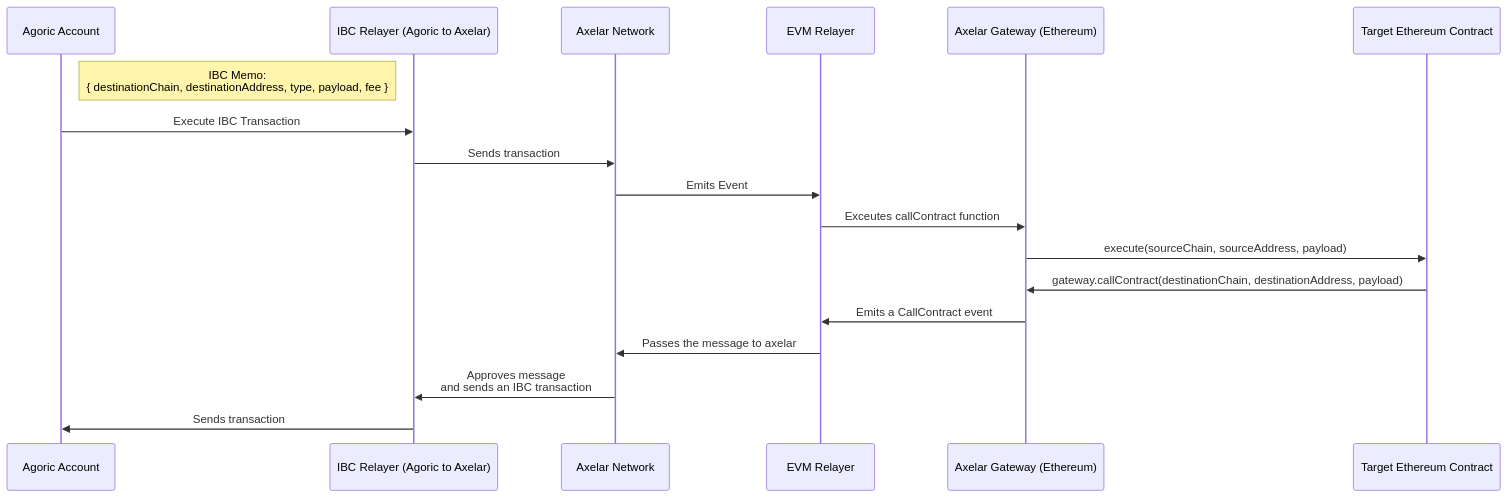
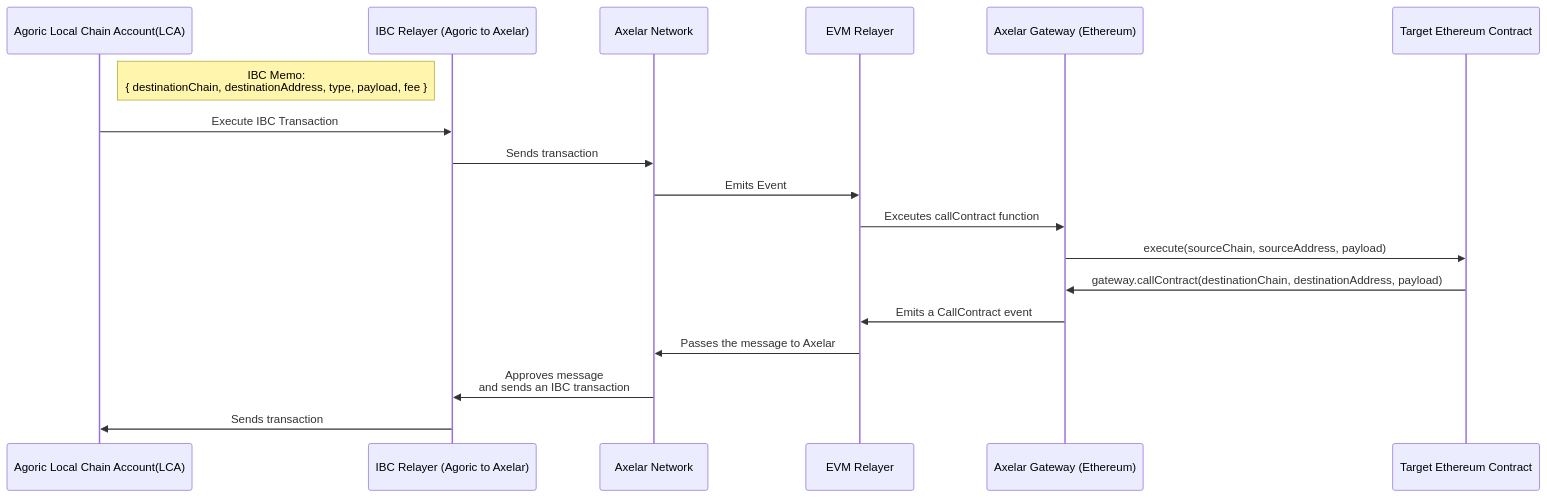
One commit to agoric-labs/dapp-evm changed the diagram in docs/agoric-to-evm.mmd. Above: the diagram before and after it, drawn with Mermaid. The commit also changed 3 other files, not shown here.

```diff
--- a/docs/agoric-to-evm.mmd
+++ b/docs/agoric-to-evm.mmd
@@ -1,22 +1,22 @@
 sequenceDiagram
-    participant AgoricUser as Agoric Account
+    participant AgoricUser as Agoric Local Chain Account(LCA)
     participant IBCRelayer as IBC Relayer (Agoric to Axelar)
     participant Axelar as Axelar Network
     participant EvmRelayer as EVM Relayer
     participant AxelarGatewayEth as Axelar Gateway (Ethereum)
     participant TargetContract as Target Ethereum Contract
 
     note left of IBCRelayer: IBC Memo:<br>{ destinationChain, destinationAddress, type, payload, fee }
 
     %% Flow starts
     AgoricUser->>IBCRelayer: Execute IBC Transaction
     IBCRelayer->>Axelar: Sends transaction
     Axelar->>EvmRelayer: Emits Event
     EvmRelayer->>AxelarGatewayEth: Exceutes callContract function
     AxelarGatewayEth->>TargetContract: execute(sourceChain, sourceAddress, payload)
 
     TargetContract->>AxelarGatewayEth: gateway.callContract(destinationChain, destinationAddress, payload)
     AxelarGatewayEth->>EvmRelayer: Emits a CallContract event
-    EvmRelayer->>Axelar: Passes the message to axelar
+    EvmRelayer->>Axelar: Passes the message to Axelar
     Axelar->>IBCRelayer: Approves message <br>and sends an IBC transaction
     IBCRelayer->>AgoricUser: Sends transaction
```
